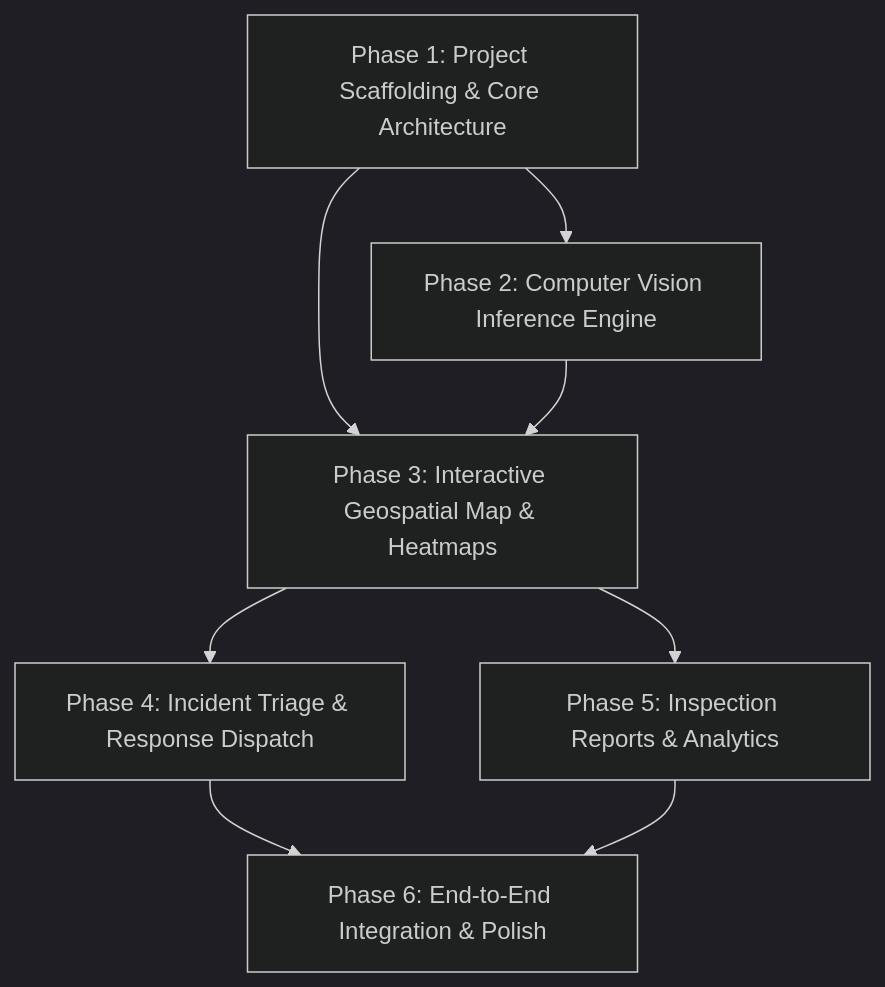
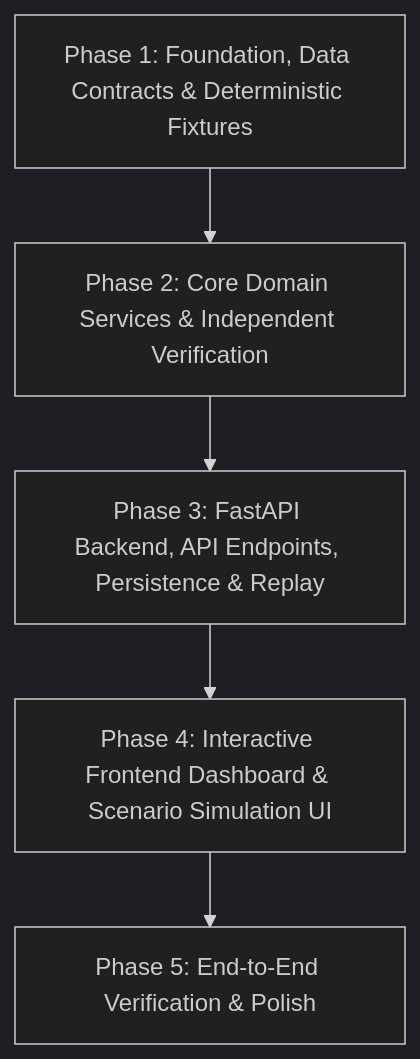
One commit to Beatkingsagar/roadmind-ai changed the diagram in .planning/ROADMAP.md. Above: the diagram before and after it, drawn with Mermaid (dark theme). The commit also changed other lines of this file and 19 other files, not shown here.

Commit message:
feat(api): implement Phase 3 FastAPI backend, temporal replay, and 16 integration tests

````diff
--- a/.planning/ROADMAP.md
+++ b/.planning/ROADMAP.md
@@ -6,10 +6,7 @@
 ```mermaid
 graph TD
-    P1[Phase 1: Project Scaffolding & Core Architecture] --> P2[Phase 2: Computer Vision Inference Engine]
-    P1 --> P3[Phase 3: Interactive Geospatial Map & Heatmaps]
-    P2 --> P3
-    P3 --> P4[Phase 4: Incident Triage & Response Dispatch]
-    P3 --> P5[Phase 5: Inspection Reports & Analytics]
-    P4 --> P6[Phase 6: End-to-End Integration & Polish]
-    P5 --> P6
+    P1[Phase 1: Foundation, Data Contracts & Deterministic Fixtures] --> P2[Phase 2: Core Domain Services & Independent Verification]
+    P2 --> P3[Phase 3: FastAPI Backend, API Endpoints, Persistence & Replay]
+    P3 --> P4[Phase 4: Interactive Frontend Dashboard & Scenario Simulation UI]
+    P4 --> P5[Phase 5: End-to-End Verification & Polish]
 ```
````
